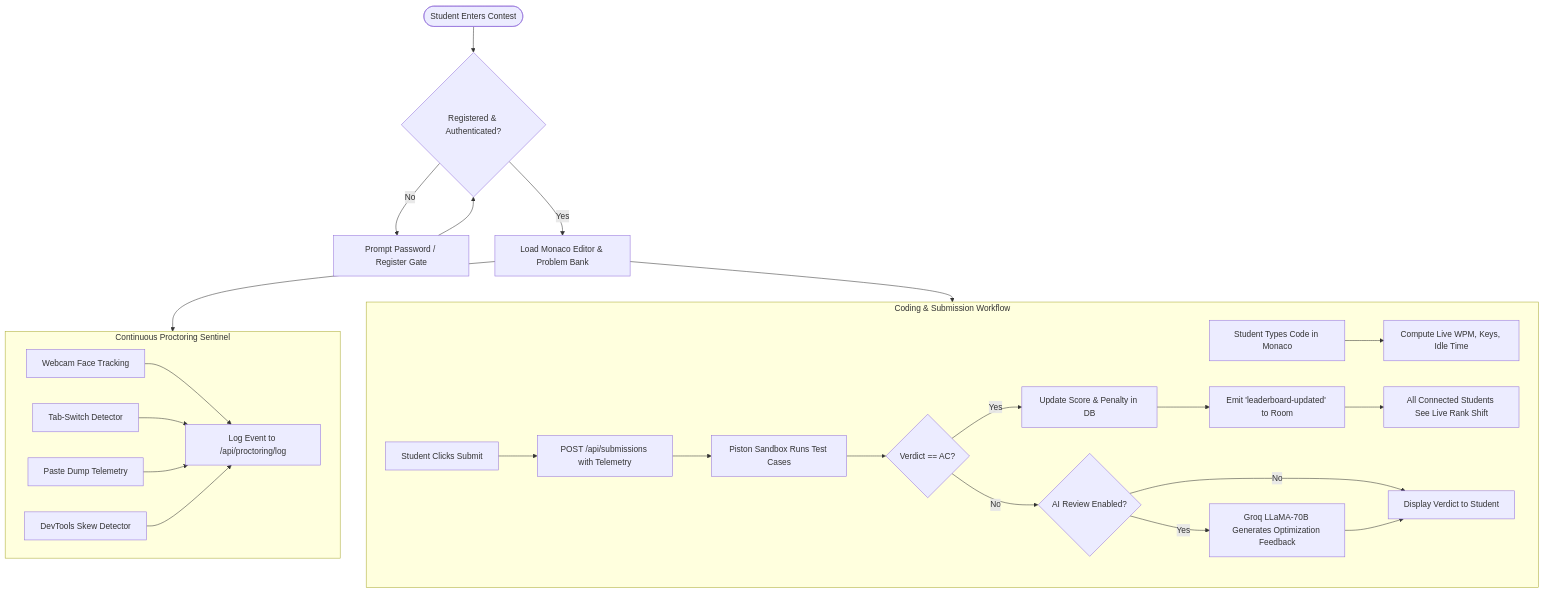
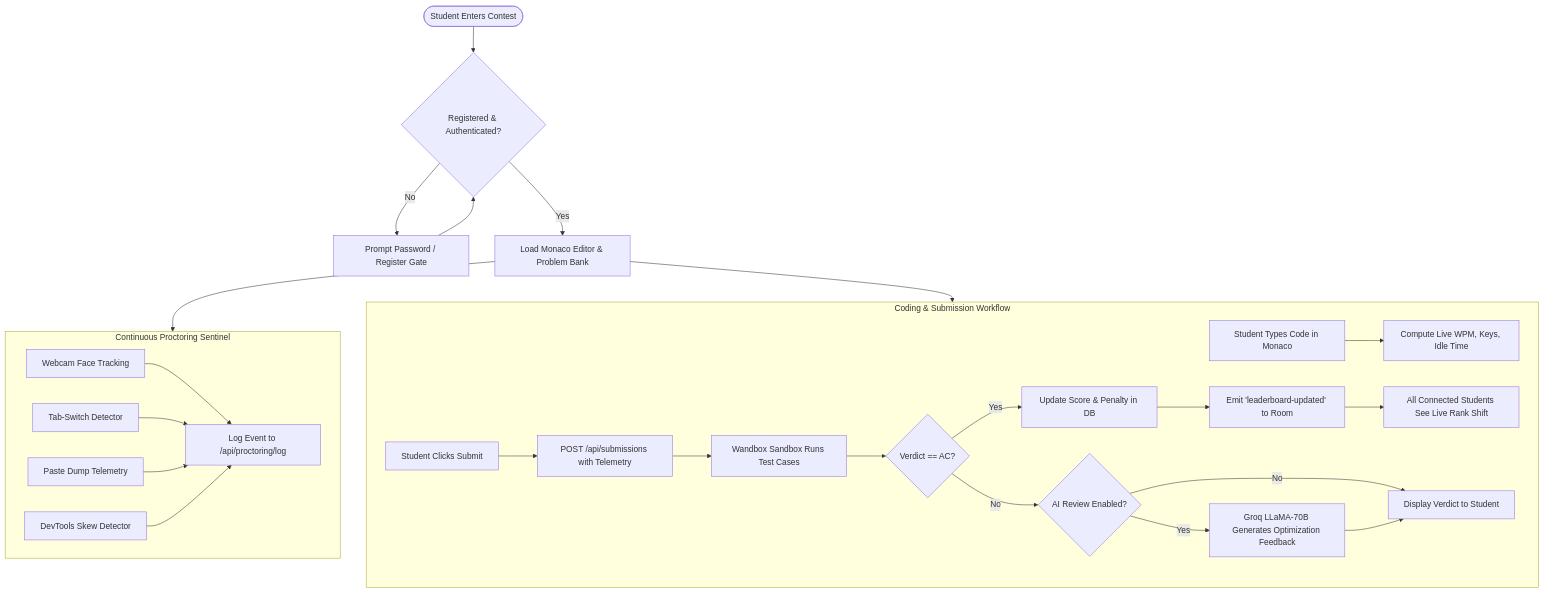
Before and after one commit to prince-721/HackWithBug: the third of 4 diagrams in README.md, drawn with Mermaid. The commit also changed other lines of this file, not shown here.

Commit message:
docs: update architecture diagrams and tech stack to Wandbox compiler sandbox

````diff
--- a/README.md
+++ b/README.md
@@ -185,33 +185,33 @@
 ```mermaid
 flowchart TD
     Start([Student Enters Contest]) --> AuthCheck{Registered & Authenticated?}
     AuthCheck -- No --> RegGate[Prompt Password / Register Gate]
     RegGate --> AuthCheck
     AuthCheck -- Yes --> LoadArena[Load Monaco Editor & Problem Bank]
 
     subgraph ProctorLoop ["Continuous Proctoring Sentinel"]
         Camera[Webcam Face Tracking] --> LogP[Log Event to /api/proctoring/log]
         TabWatch[Tab-Switch Detector] --> LogP
         PasteWatch[Paste Dump Telemetry] --> LogP
         DevTools[DevTools Skew Detector] --> LogP
     end
 
     subgraph CodeLoop ["Coding & Submission Workflow"]
         Type[Student Types Code in Monaco] --> LiveTelemetry[Compute Live WPM, Keys, Idle Time]
         Submit[Student Clicks Submit] --> PostSub[POST /api/submissions with Telemetry]
-        PostSub --> Exec[Piston Sandbox Runs Test Cases]
+        PostSub --> Exec[Wandbox Sandbox Runs Test Cases]
         Exec --> VerdictCheck{Verdict == AC?}
         
         VerdictCheck -- Yes --> ScoreUpdate[Update Score & Penalty in DB]
         ScoreUpdate --> SocketEmit[Emit 'leaderboard-updated' to Room]
         SocketEmit --> UpdateRanks[All Connected Students See Live Rank Shift]
 
         VerdictCheck -- No --> CheckAI{AI Review Enabled?}
         CheckAI -- Yes --> AIReview[Groq LLaMA-70B Generates Optimization Feedback]
         CheckAI -- No --> RenderVerdict[Display Verdict to Student]
         AIReview --> RenderVerdict
     end
 
     LoadArena --> ProctorLoop
     LoadArena --> CodeLoop
 ```
````
